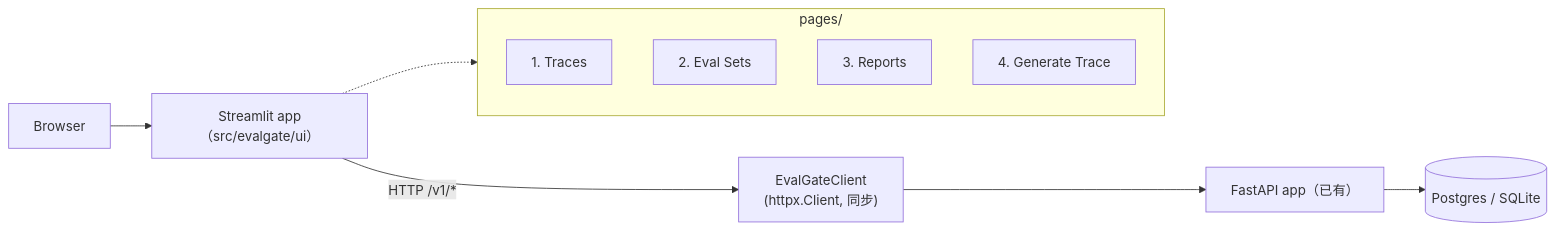
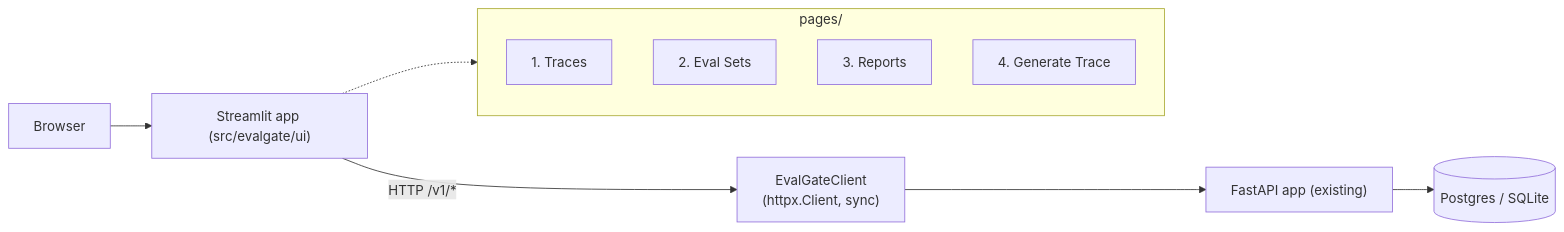
Before and after one commit to AndyUneducated/eval-gate: the first of 2 diagrams in docs/PHASE_11_PLAN.md, drawn with Mermaid. The commit also changed other lines of this file and 22 other files, not shown here.

````diff
--- a/docs/PHASE_11_PLAN.md
+++ b/docs/PHASE_11_PLAN.md
@@ -11,14 +11,14 @@
 ```mermaid
 flowchart LR
-  User["Browser"] --> UI["Streamlit app（src/evalgate/ui）"]
-  UI -->|"HTTP /v1/*"| Client["EvalGateClient<br/>(httpx.Client, 同步)"]
-  Client --> API["FastAPI app（已有）"]
+  User["Browser"] --> UI["Streamlit app (src/evalgate/ui)"]
+  UI -->|"HTTP /v1/*"| Client["EvalGateClient<br/>(httpx.Client, sync)"]
+  Client --> API["FastAPI app (existing)"]
   API --> DB[("Postgres / SQLite")]
   subgraph Pages["pages/"]
     P1["1. Traces"]
     P2["2. Eval Sets"]
     P3["3. Reports"]
     P4["4. Generate Trace"]
   end
   UI -.-> Pages
 ```
````
